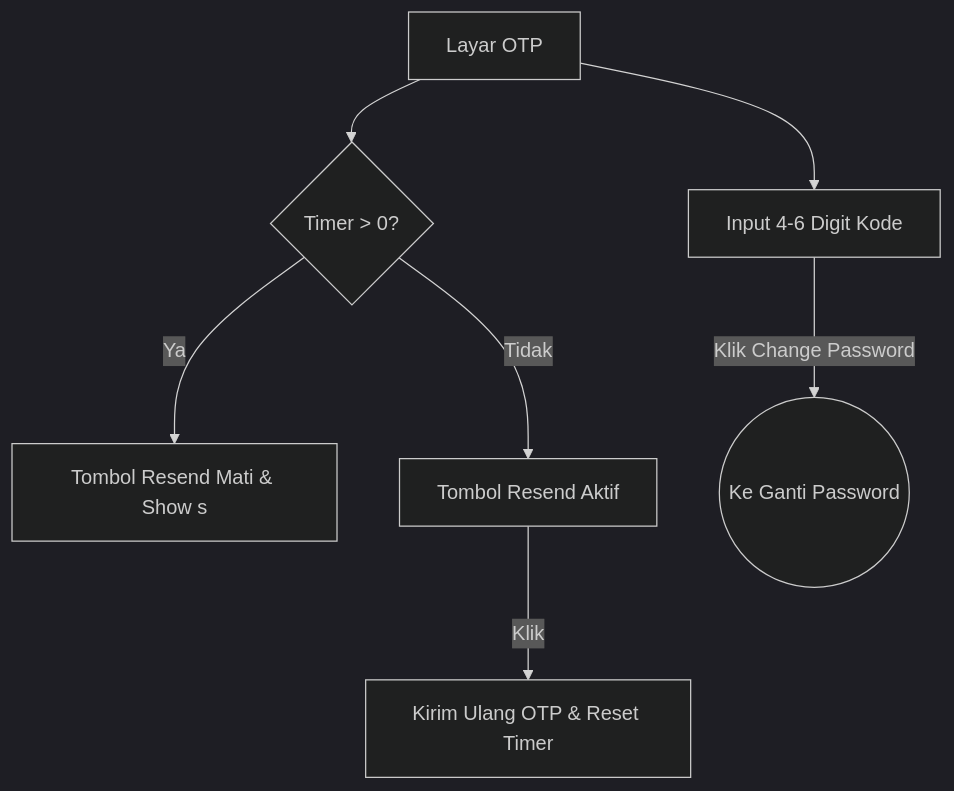
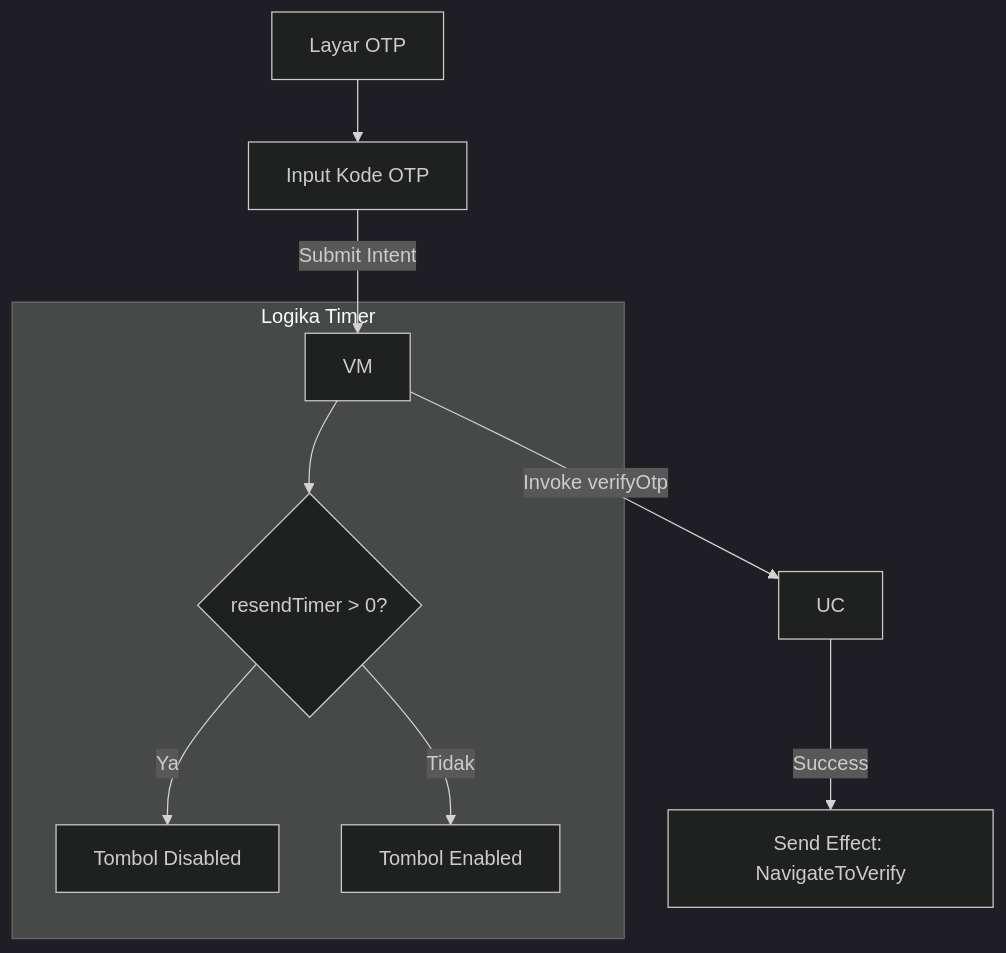
The second of 3 diagrams in docs/docs-feature/forgot-password-flow.md (muharifandi/compose-mvi), drawn with Mermaid (dark theme) before and after one commit. The commit also changed other lines of this file and 53 other files, not shown here.

Commit message:
Refactor: Implement Clean Architecture, SOLID principles, and update documentation for Master, Auth, and Onboarding features

````diff
--- a/docs/docs-feature/forgot-password-flow.md
+++ b/docs/docs-feature/forgot-password-flow.md
@@ -22,10 +27,13 @@
 ```mermaid
 graph TD
-    OTP_Stage[Layar OTP] --> Input[Input 4-6 Digit Kode]
-    OTP_Stage --> Timer{Timer > 0?}
-    Timer -- Ya --> ResendDisabled[Tombol Resend Mati & Show s]
-    Timer -- Tidak --> ResendEnabled[Tombol Resend Aktif]
-    ResendEnabled -- Klik --> API[Kirim Ulang OTP & Reset Timer]
+    OTP_Stage[Layar OTP] --> Input[Input Kode OTP]
+    Input -- "Submit Intent" --> VM
+    VM -- "Invoke verifyOtp" --> UC
+    UC -- "Success" --> Effect[Send Effect: NavigateToVerify]
     
-    Input -- "Klik Change Password" --> ChangePass((Ke Ganti Password))
+    subgraph Timer_Logic [Logika Timer]
+        VM --> Timer{resendTimer > 0?}
+        Timer -- Ya --> ResendDisabled[Tombol Disabled]
+        Timer -- Tidak --> ResendEnabled[Tombol Enabled]
+    end
 ```
````
